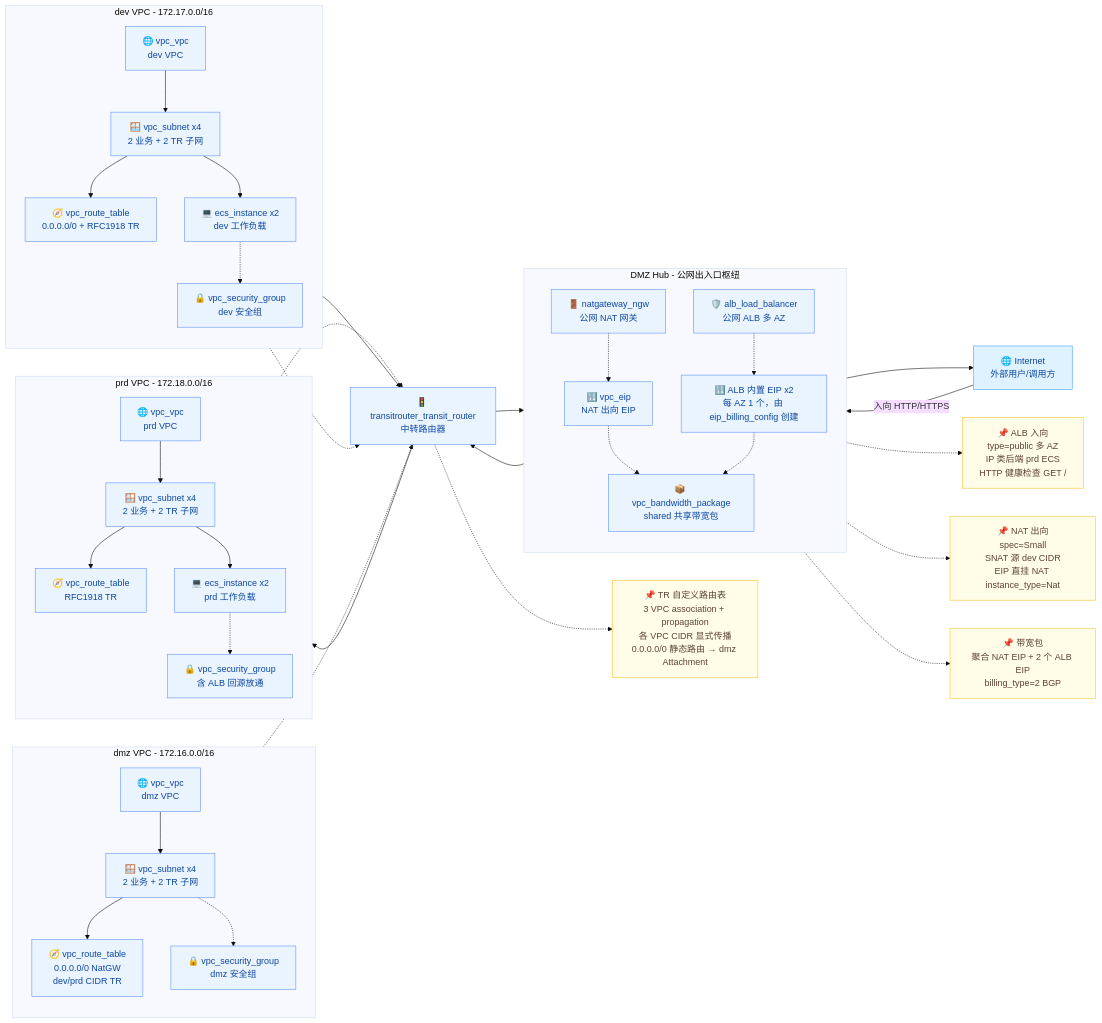
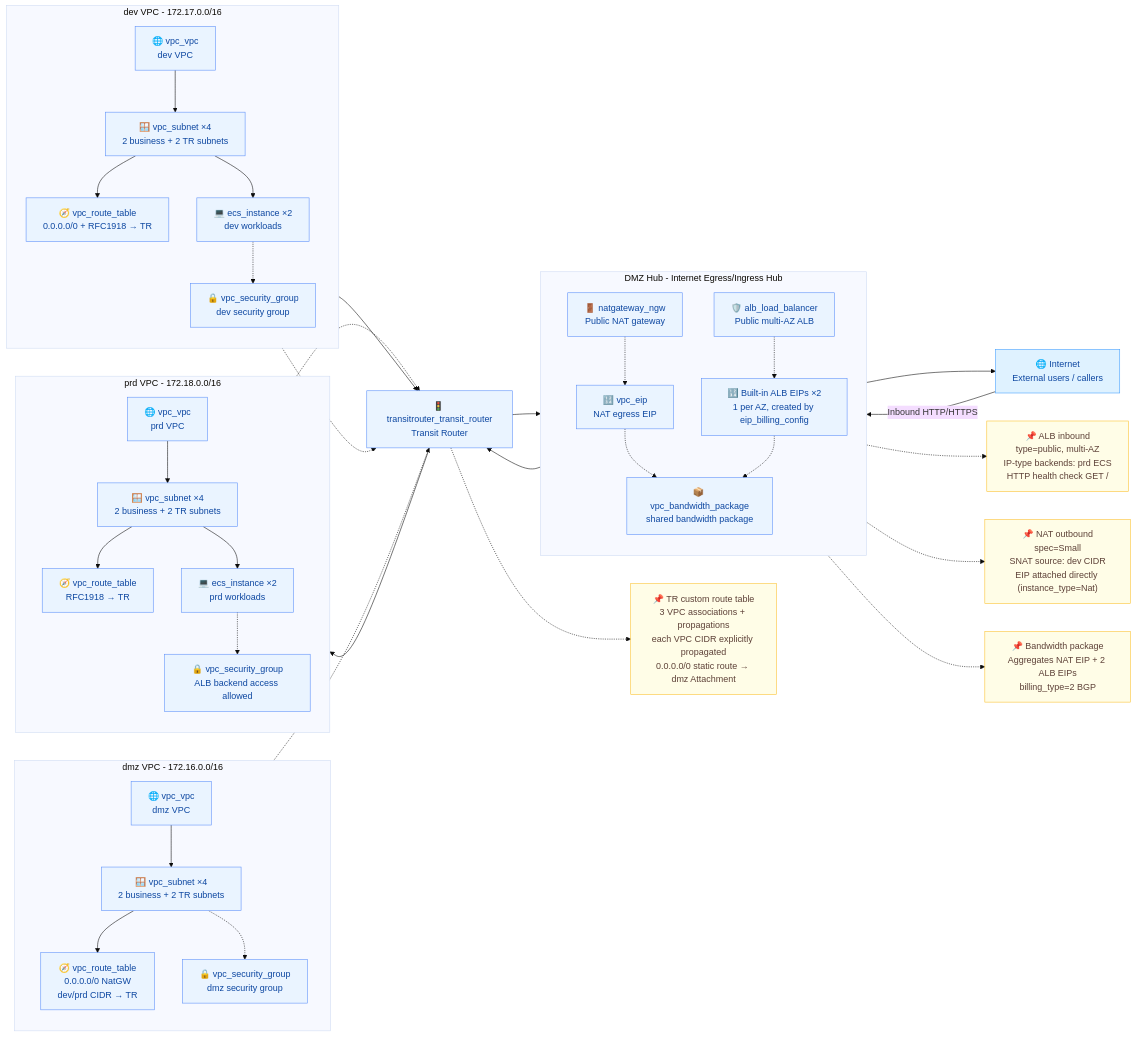
Before and after one commit to terraform-volcenginecc-modules/terraform-volcenginecc-dmz-vpc: the diagram in README.md, drawn with Mermaid (base theme). The commit also changed other lines of this file and 1 other file, not shown here.

````diff
--- a/README.md
+++ b/README.md
@@ -31,15 +31,15 @@
     classDef tcc fill:#DFF2FF,stroke:#409EFF,color:#0D47A1;
     classDef note fill:#FFFDE7,stroke:#FBC02D,color:#5D4037;
 
-    inet["🌐 Internet<br/>外部用户/调用方"]:::tcc
+    inet["🌐 Internet<br/>External users / callers"]:::tcc
 
-    subgraph Hub["DMZ Hub - 公网出入口枢纽"]
+    subgraph Hub["DMZ Hub - Internet Egress/Ingress Hub"]
         direction TB
-        bp["📦 vpc_bandwidth_package<br/>shared 共享带宽包"]:::main
-        nat_eip["🔢 vpc_eip<br/>NAT 出向 EIP"]:::main
-        alb_eip["🔢 ALB 内置 EIP x2<br/>每 AZ 1 个，由 eip_billing_config 创建"]:::main
-        nat["🚪 natgateway_ngw<br/>公网 NAT 网关"]:::main
-        alb["🛡️ alb_load_balancer<br/>公网 ALB 多 AZ"]:::main
+        bp["📦 vpc_bandwidth_package<br/>shared bandwidth package"]:::main
+        nat_eip["🔢 vpc_eip<br/>NAT egress EIP"]:::main
+        alb_eip["🔢 Built-in ALB EIPs ×2<br/>1 per AZ, created by eip_billing_config"]:::main
+        nat["🚪 natgateway_ngw<br/>Public NAT gateway"]:::main
+        alb["🛡️ alb_load_balancer<br/>Public multi-AZ ALB"]:::main
 
         nat -.-> nat_eip
         alb -.-> alb_eip
@@ -50,23 +50,23 @@
     subgraph DMZVPC["dmz VPC - 172.16.0.0/16"]
         direction TB
         dmz_vpc["🌐 vpc_vpc<br/>dmz VPC"]:::main
-        dmz_subnets["🪟 vpc_subnet x4<br/>2 业务 + 2 TR 子网"]:::main
-        dmz_rt["🧭 vpc_route_table<br/>0.0.0.0/0 NatGW<br/>dev/prd CIDR TR"]:::main
-        sg_dmz["🔒 vpc_security_group<br/>dmz 安全组"]:::main
+        dmz_subnets["🪟 vpc_subnet ×4<br/>2 business + 2 TR subnets"]:::main
+        dmz_rt["🧭 vpc_route_table<br/>0.0.0.0/0 NatGW<br/>dev/prd CIDR → TR"]:::main
+        sg_dmz["🔒 vpc_security_group<br/>dmz security group"]:::main
 
         dmz_vpc --> dmz_subnets --> dmz_rt
         dmz_subnets -.-> sg_dmz
     end
 
-    tr["🚦 transitrouter_transit_router<br/>中转路由器"]:::main
+    tr["🚦 transitrouter_transit_router<br/>Transit Router"]:::main
 
     subgraph DevVPC["dev VPC - 172.17.0.0/16"]
         direction TB
         dev_vpc["🌐 vpc_vpc<br/>dev VPC"]:::main
-        dev_subnets["🪟 vpc_subnet x4<br/>2 业务 + 2 TR 子网"]:::main
-        dev_rt["🧭 vpc_route_table<br/>0.0.0.0/0 + RFC1918 TR"]:::main
-        dev_ecs["💻 ecs_instance x2<br/>dev 工作负载"]:::main
-        sg_dev["🔒 vpc_security_group<br/>dev 安全组"]:::main
+        dev_subnets["🪟 vpc_subnet ×4<br/>2 business + 2 TR subnets"]:::main
+        dev_rt["🧭 vpc_route_table<br/>0.0.0.0/0 + RFC1918 → TR"]:::main
+        dev_ecs["💻 ecs_instance ×2<br/>dev workloads"]:::main
+        sg_dev["🔒 vpc_security_group<br/>dev security group"]:::main
 
         dev_vpc --> dev_subnets --> dev_rt
         dev_subnets --> dev_ecs
@@ -76,17 +76,17 @@
     subgraph PrdVPC["prd VPC - 172.18.0.0/16"]
         direction TB
         prd_vpc["🌐 vpc_vpc<br/>prd VPC"]:::main
-        prd_subnets["🪟 vpc_subnet x4<br/>2 业务 + 2 TR 子网"]:::main
-        prd_rt["🧭 vpc_route_table<br/>RFC1918 TR"]:::main
-        prd_ecs["💻 ecs_instance x2<br/>prd 工作负载"]:::main
-        sg_prd["🔒 vpc_security_group<br/>含 ALB 回源放通"]:::main
+        prd_subnets["🪟 vpc_subnet ×4<br/>2 business + 2 TR subnets"]:::main
+        prd_rt["🧭 vpc_route_table<br/>RFC1918 → TR"]:::main
+        prd_ecs["💻 ecs_instance ×2<br/>prd workloads"]:::main
+        sg_prd["🔒 vpc_security_group<br/>ALB backend access allowed"]:::main
 
         prd_vpc --> prd_subnets --> prd_rt
         prd_subnets --> prd_ecs
         prd_ecs -.-> sg_prd
     end
 
-    inet -->|"入向 HTTP/HTTPS"| alb
+    inet -->|"Inbound HTTP/HTTPS"| alb
     alb --> tr
     tr --> prd_ecs
 
@@ -98,15 +98,15 @@
     dev_vpc -.-> tr
     prd_vpc -.-> tr
 
-    note_tr["📌 TR 自定义路由表<br/>3 VPC association + propagation<br/>各 VPC CIDR 显式传播<br/>0.0.0.0/0 静态路由 → dmz Attachment"]:::note
+    note_tr["📌 TR custom route table<br/>3 VPC associations + propagations<br/>each VPC CIDR explicitly propagated<br/>0.0.0.0/0 static route → dmz Attachment"]:::note
     tr -.-> note_tr
 
-    note_alb["📌 ALB 入向<br/>type=public 多 AZ<br/>IP 类后端 prd ECS<br/>HTTP 健康检查 GET /"]:::note
+    note_alb["📌 ALB inbound<br/>type=public, multi-AZ<br/>IP-type backends: prd ECS<br/>HTTP health check GET /"]:::note
     alb -.-> note_alb
 
-    note_nat["📌 NAT 出向<br/>spec=Small<br/>SNAT 源 dev CIDR<br/>EIP 直挂 NAT instance_type=Nat"]:::note
+    note_nat["📌 NAT outbound<br/>spec=Small<br/>SNAT source: dev CIDR<br/>EIP attached directly (instance_type=Nat)"]:::note
     nat -.-> note_nat
 
-    note_bp["📌 带宽包<br/>聚合 NAT EIP + 2 个 ALB EIP<br/>billing_type=2 BGP"]:::note
+    note_bp["📌 Bandwidth package<br/>Aggregates NAT EIP + 2 ALB EIPs<br/>billing_type=2 BGP"]:::note
     bp -.-> note_bp
 ```
````
